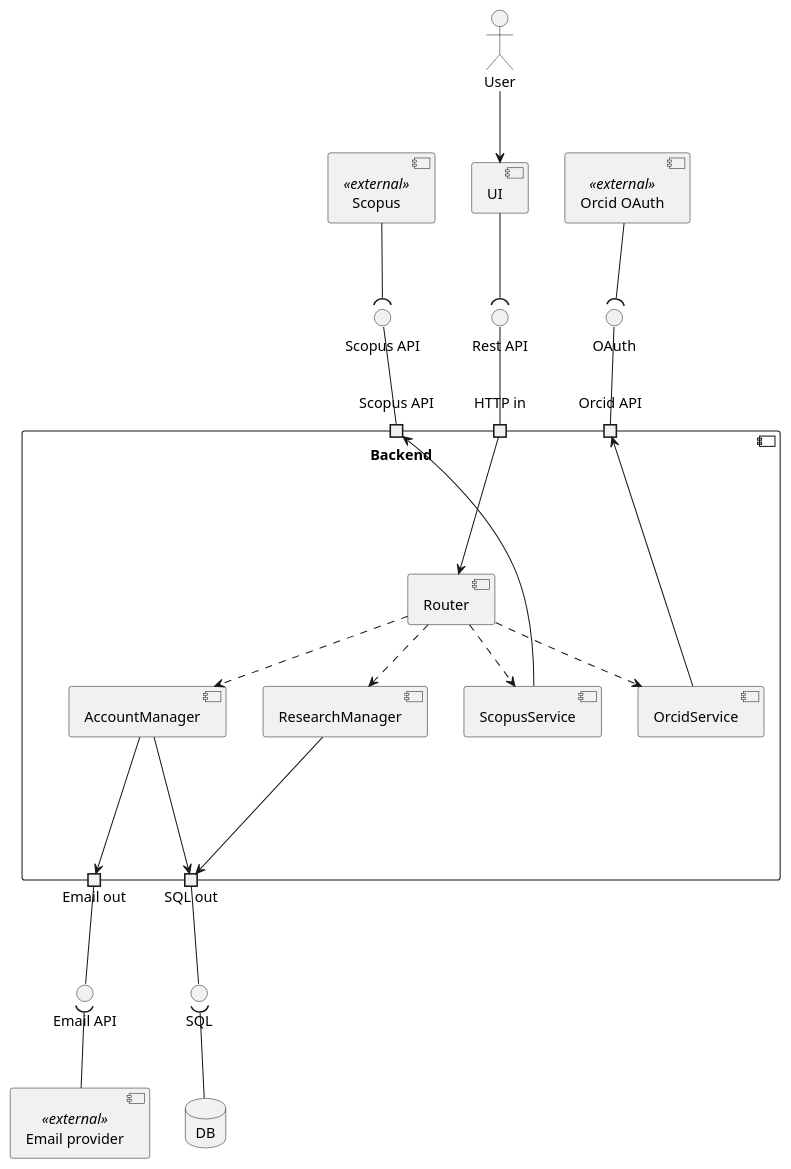
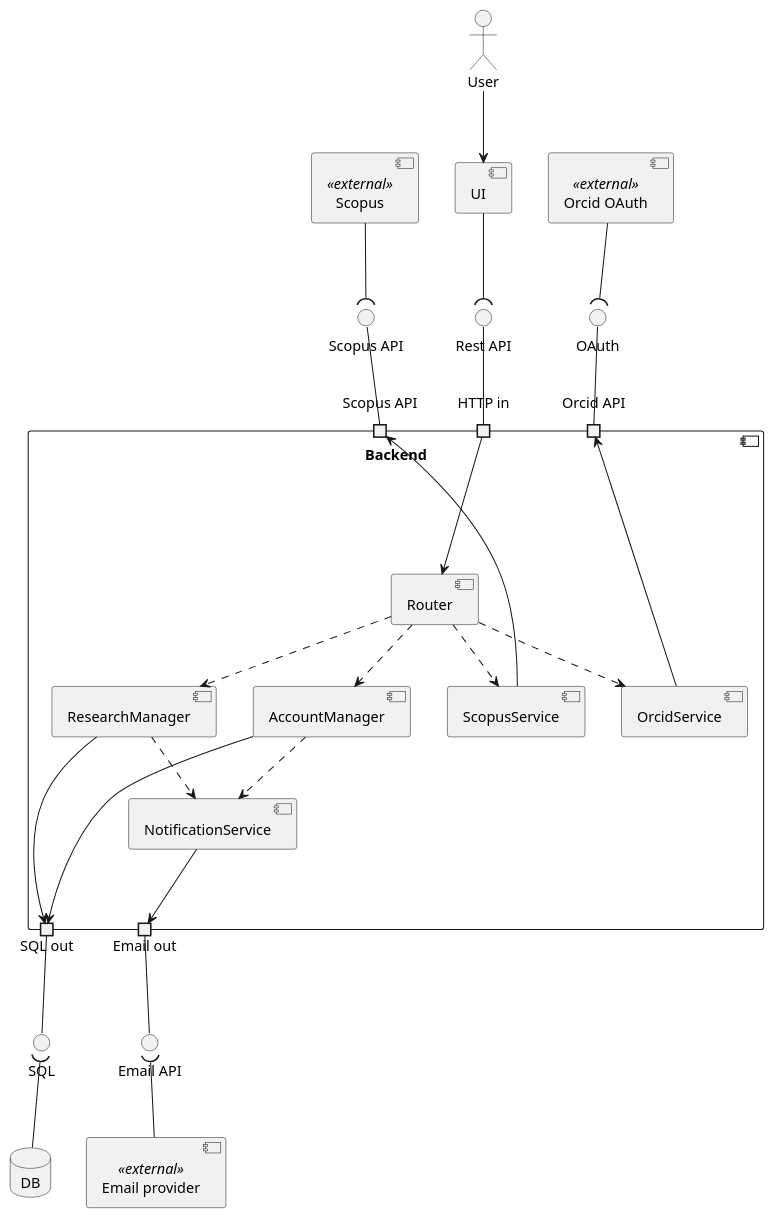
The diagram in Lab5/artifacts/component-diagram.puml (LenivyKrabik/KPI2), drawn with PlantUML before and after one commit. The commit also changed 2 other files, not shown here.

Commit message:
Added notification service and updated changed names in spec

```diff
--- a/Lab5/artifacts/component-diagram.puml
+++ b/Lab5/artifacts/component-diagram.puml
@@ -1,63 +1,66 @@
 @startuml
 
 User as User
 [UI]
 [Orcid] as "Orcid OAuth" <<external>>
 [Scopus] as "Scopus" <<external>>
 [Email] as "Email provider" <<external>>
 component Backend {
   portin "HTTP in"
   portout "SQL out"
   portout "Email out"
   port "Orcid API"
   port "Scopus API"
 
   component Router
 
   component OrcidService
   component ScopusService
 
   component ResearchManager
   component AccountManager
+  component NotificationService
 }
 database DB
 
 () EmailAPI as "Email API"
 () ScopusAPI as "Scopus API"
 () OrcidOAuth as "OAuth"
 () RestAPI as "Rest API"
 () SQL
 
 User --> UI
 
 UI --( RestAPI
 "HTTP in" -up- RestAPI
 
 "SQL out" -- SQL
 SQL )-- DB
 
 "Email out" -- EmailAPI
 EmailAPI )-- Email 
 
 "Orcid API" -up- OrcidOAuth
 OrcidOAuth )-up- Orcid
 
 "Scopus API" -up- ScopusAPI
 ScopusAPI )-up- Scopus
 
 
 "HTTP in" --> Router
 Router ..> OrcidService
 Router ..> ScopusService
 Router ..> ResearchManager
 Router ..> AccountManager
 
 ResearchManager ---> "SQL out"
 AccountManager ---> "SQL out"
 
 OrcidService --> "Orcid API"
 ScopusService --> "Scopus API"
 
-AccountManager --> "Email out"
+ResearchManager ..> NotificationService
+AccountManager ..> NotificationService
+NotificationService --> "Email out"
 
 @enduml
```
